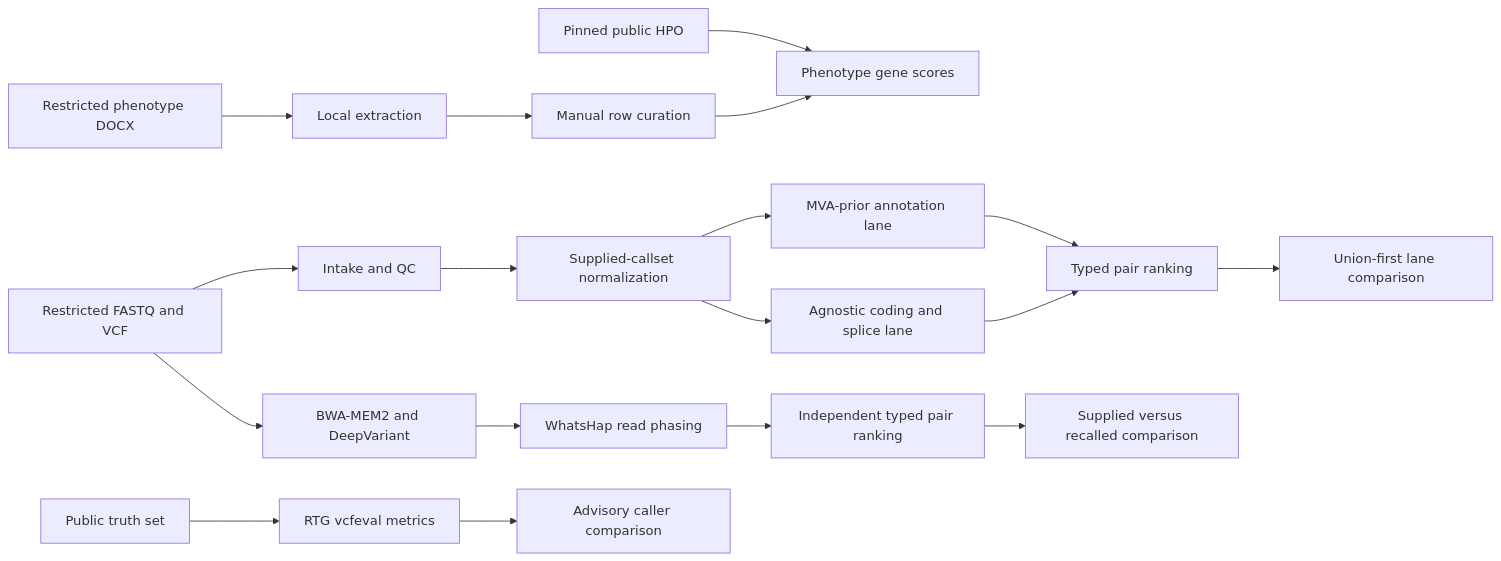
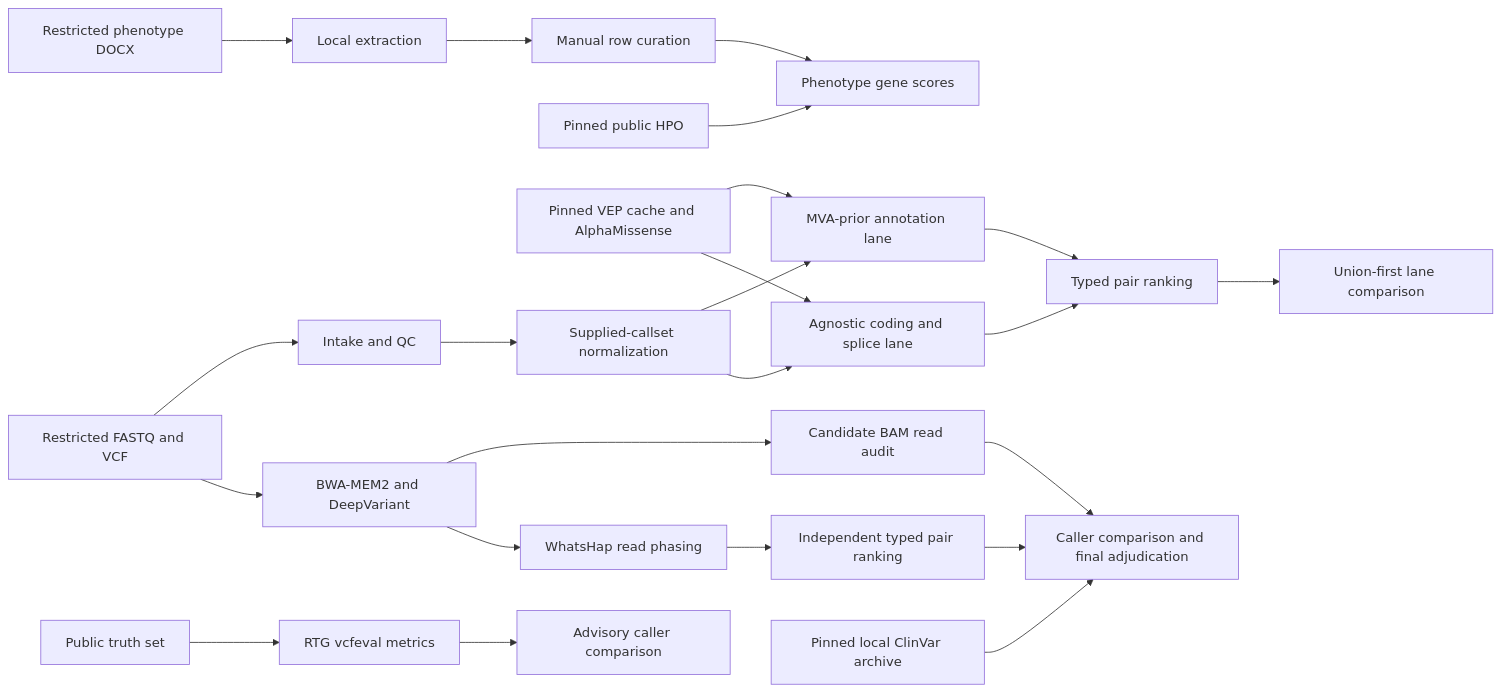
One commit to Jakeelamb/rare_disease changed the diagram in docs/architecture.md. Above: the diagram before and after it, drawn with Mermaid. The commit also changed other lines of this file and 31 other files, not shown here.

````diff
--- a/docs/architecture.md
+++ b/docs/architecture.md
@@ -17,20 +17,25 @@
 ```mermaid
 flowchart LR
     A[Restricted FASTQ and VCF] --> B[Intake and QC]
     P[Restricted phenotype DOCX] --> Q[Local extraction]
     Q --> R[Manual row curation]
     H[Pinned public HPO] --> S[Phenotype gene scores]
+    K[Pinned VEP cache and AlphaMissense] --> D
+    K --> E
     R --> S
     B --> C[Supplied-callset normalization]
     C --> D[MVA-prior annotation lane]
     C --> E[Agnostic coding and splice lane]
     D --> F[Typed pair ranking]
     E --> F
     F --> G[Union-first lane comparison]
     A --> W[BWA-MEM2 and DeepVariant]
+    W --> J[Candidate BAM read audit]
     W --> X[WhatsHap read phasing]
     X --> Y[Independent typed pair ranking]
-    Y --> Z[Supplied versus recalled comparison]
+    Y --> Z[Caller comparison and final adjudication]
+    N[Pinned local ClinVar archive] --> Z
+    J --> Z
     T[Public truth set] --> U[RTG vcfeval metrics]
     U --> V[Advisory caller comparison]
 ```
````
